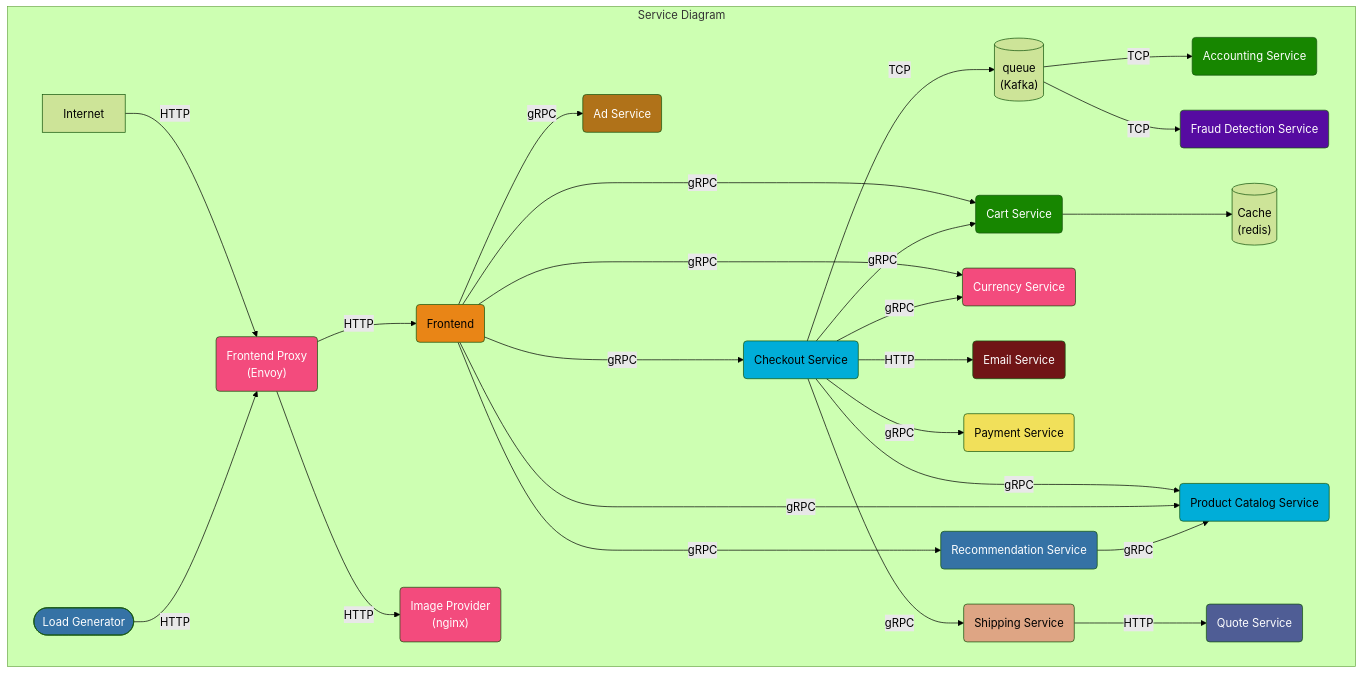
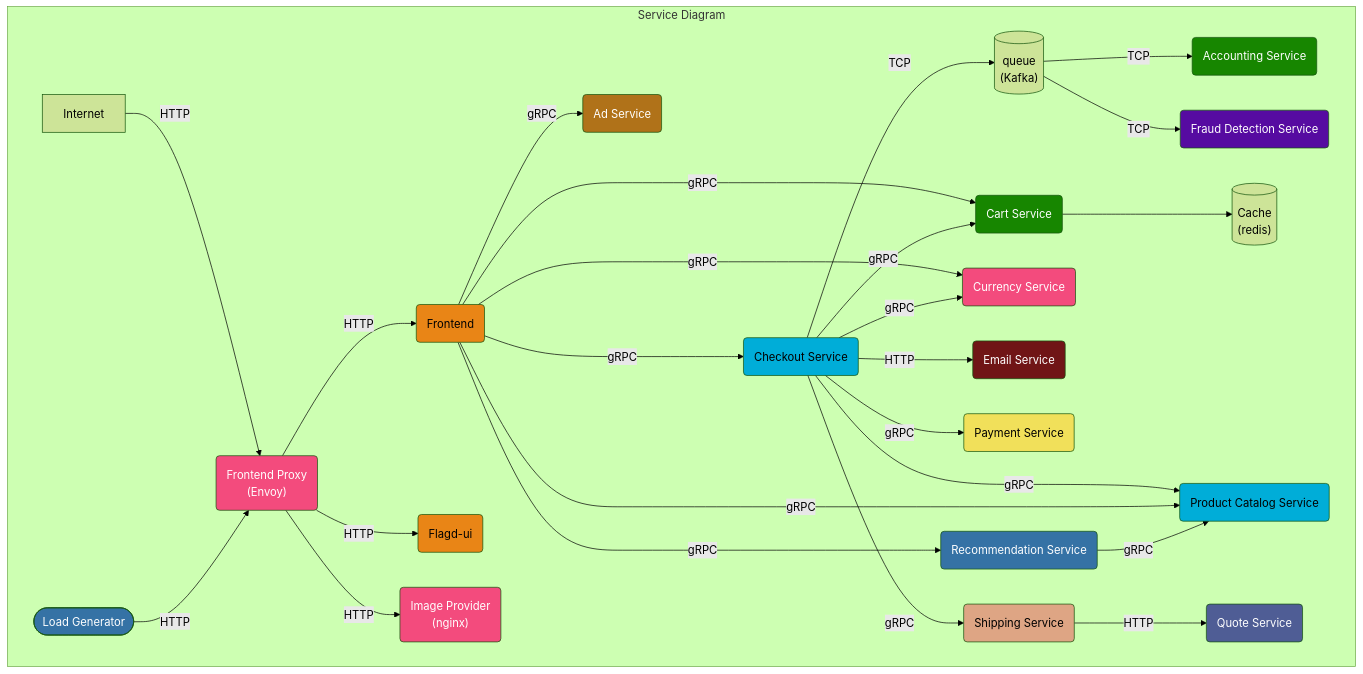
One commit to open-telemetry/opentelemetry.io changed the first of 3 diagrams in content/en/docs/demo/architecture.md. Above: the diagram before and after it, drawn with Mermaid (forest theme).

Commit message:
update mermaid chart

````diff
--- a/content/en/docs/demo/architecture.md
+++ b/content/en/docs/demo/architecture.md
@@ -12,63 +12,65 @@
 ```mermaid
 graph TD
 subgraph Service Diagram
 accountingservice(Accounting Service):::dotnet
 adservice(Ad Service):::java
 cache[(Cache<br/>&#40redis&#41)]
 cartservice(Cart Service):::dotnet
 checkoutservice(Checkout Service):::golang
 currencyservice(Currency Service):::cpp
 emailservice(Email Service):::ruby
+flagd(Flagd-ui):::typescript
 frauddetectionservice(Fraud Detection Service):::kotlin
 frontend(Frontend):::typescript
 frontendproxy(Frontend Proxy <br/>&#40Envoy&#41):::cpp
 imageprovider(Image Provider <br/>&#40nginx&#41):::cpp
 loadgenerator([Load Generator]):::python
 paymentservice(Payment Service):::javascript
 productcatalogservice(Product Catalog Service):::golang
 quoteservice(Quote Service):::php
 recommendationservice(Recommendation Service):::python
 shippingservice(Shipping Service):::rust
 queue[(queue<br/>&#40Kafka&#41)]
 
 Internet -->|HTTP| frontendproxy
 frontendproxy -->|HTTP| frontend
+frontendproxy -->|HTTP| flagd
 loadgenerator -->|HTTP| frontendproxy
 frontendproxy -->|HTTP| imageprovider
 
 queue -->|TCP| accountingservice
 queue -->|TCP| frauddetectionservice
 
 frontend -->|gRPC| cartservice
 frontend -->|gRPC| currencyservice
 
 checkoutservice -->|gRPC| cartservice --> cache
 checkoutservice -->|gRPC| productcatalogservice
 checkoutservice -->|gRPC| currencyservice
 checkoutservice -->|HTTP| emailservice
 checkoutservice -->|gRPC| paymentservice
 checkoutservice -->|gRPC| shippingservice
 checkoutservice -->|TCP| queue
 
 frontend -->|gRPC| adservice
 frontend -->|gRPC| productcatalogservice
 frontend --->|gRPC| checkoutservice
 frontend ---->|gRPC| recommendationservice -->|gRPC| productcatalogservice
 
 shippingservice -->|HTTP| quoteservice
 
 end
 
 classDef dotnet fill:#178600,color:white;
 classDef cpp fill:#f34b7d,color:white;
 classDef erlang fill:#b83998,color:white;
 classDef golang fill:#00add8,color:black;
 classDef java fill:#b07219,color:white;
 classDef javascript fill:#f1e05a,color:black;
 classDef kotlin fill:#560ba1,color:white;
 classDef php fill:#4f5d95,color:white;
 classDef python fill:#3572A5,color:white;
 classDef ruby fill:#701516,color:white;
 classDef rust fill:#dea584,color:black;
 classDef typescript fill:#e98516,color:black;
 ```
````
